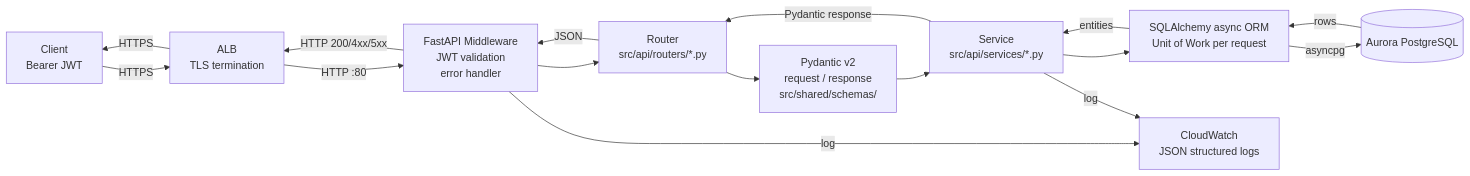
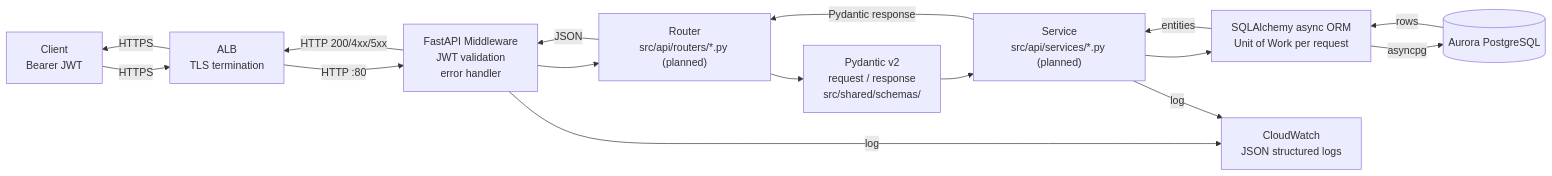
The third of 4 diagrams in docs/architecture.md (Blitzy-Sandbox/blitzy-card-demo), drawn with Mermaid before and after one commit. The commit also changed other lines of this file and 9 other files, not shown here.

````diff
--- a/docs/architecture.md
+++ b/docs/architecture.md
@@ -490,28 +547,28 @@
 ```mermaid
 flowchart LR
     Client["Client<br/>Bearer JWT"]
     ALB["ALB<br/>TLS termination"]
     Mw["FastAPI Middleware<br/>JWT validation<br/>error handler"]
-    Router["Router<br/>src/api/routers/*.py"]
-    Service["Service<br/>src/api/services/*.py"]
+    Router["Router<br/>src/api/routers/*.py (planned)"]
+    Service["Service<br/>src/api/services/*.py (planned)"]
     ORM["SQLAlchemy async ORM<br/>Unit of Work per request"]
     DB[("Aurora PostgreSQL")]
     Pydantic["Pydantic v2<br/>request / response<br/>src/shared/schemas/"]
     CW["CloudWatch<br/>JSON structured logs"]
 
     Client -->|HTTPS| ALB
     ALB -->|HTTP :80| Mw
     Mw --> Router
     Router --> Pydantic
     Pydantic --> Service
     Service --> ORM
     ORM -->|asyncpg| DB
     DB -->|rows| ORM
     ORM -->|entities| Service
     Service -->|Pydantic response| Router
     Router -->|JSON| Mw
     Mw -->|HTTP 200/4xx/5xx| ALB
     ALB -->|HTTPS| Client
     Mw -->|log| CW
     Service -->|log| CW
 ```
````
